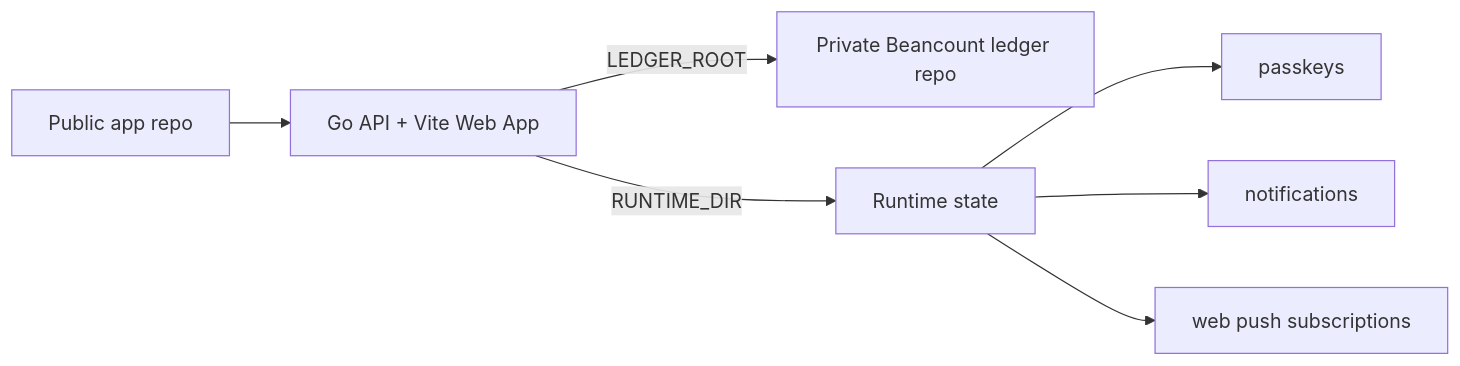
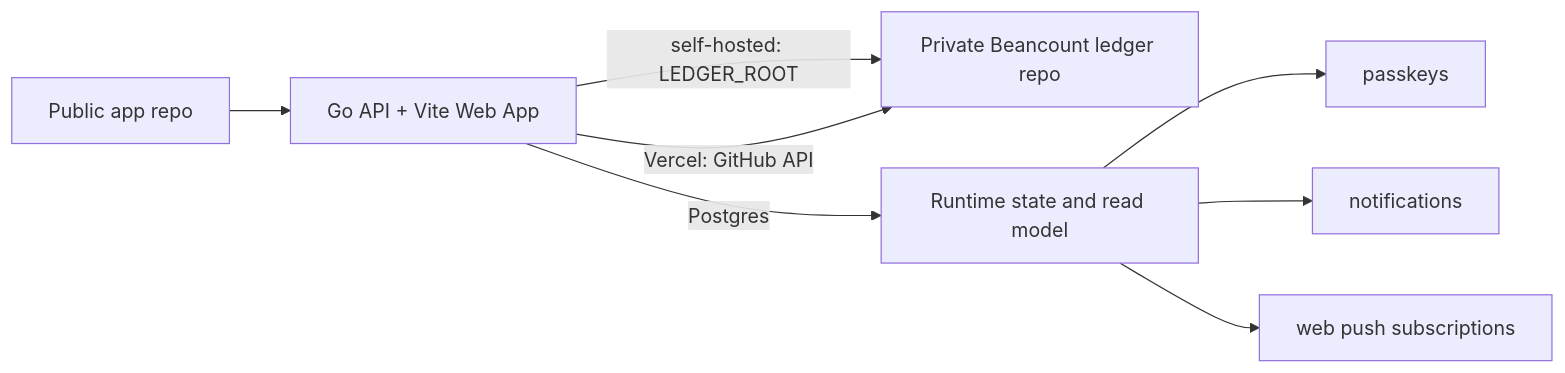
One commit to qiaoborui/beancount-ledger-web changed the diagram in README.md. Above: the diagram before and after it, drawn with Mermaid. The commit also changed other lines of this file and 6 other files, not shown here.

Commit message:
chore: clean up vercel github api env config

````diff
--- a/README.md
+++ b/README.md
@@ -30,9 +30,10 @@
 ```mermaid
 graph LR
     A[Public app repo] --> B[Go API + Vite Web App]
-    B -->|LEDGER_ROOT| C[Private Beancount ledger repo]
-    B -->|RUNTIME_DIR| D[Runtime state]
+    B -->|self-hosted: LEDGER_ROOT| C[Private Beancount ledger repo]
+    B -->|Vercel: GitHub API| C
+    B -->|Postgres| D[Runtime state and read model]
     D --> E[passkeys]
     D --> F[notifications]
     D --> G[web push subscriptions]
 ```
````
